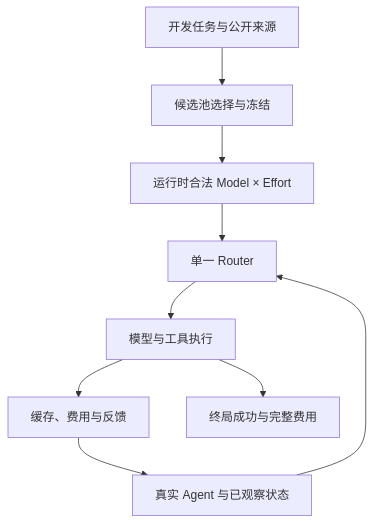
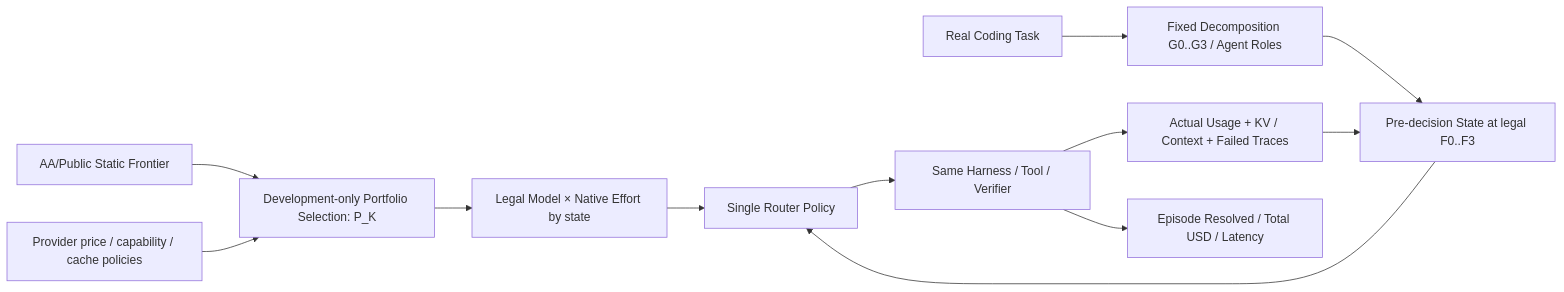
One commit to sxyq/modelrouter changed the diagram in 汇报/汇报三/ModelRouter论文实验与图表规划.md. Above: the diagram before and after it, drawn with Mermaid. The commit also changed other lines of this file and 3 other files, not shown here.

Commit message:
docs(research): V6 align model-pool selection, granularity and task-level Pareto RQs

````diff
--- a/汇报/汇报三/ModelRouter论文实验与图表规划.md
+++ b/汇报/汇报三/ModelRouter论文实验与图表规划.md
@@ -68,11 +75,14 @@
 ```mermaid
-flowchart TD
-  DEV["开发任务与公开来源"] --> POOL["候选池选择与冻结"]
-  POOL --> LEGAL["运行时合法 Model × Effort"]
-  TASK["真实 Agent 与已观察状态"] --> ROUTER["单一 Router"]
-  LEGAL --> ROUTER
-  ROUTER --> EXEC["模型与工具执行"]
-  EXEC --> FB["缓存、费用与反馈"]
-  FB --> TASK
-  EXEC --> RESULT["终局成功与完整费用"]
+flowchart LR
+  PUB["AA/Public Static Frontier"] --> SELECT["Development-only Portfolio Selection: P_K"]
+  PDATA["Provider price / capability / cache policies"] --> SELECT
+  T["Real Coding Task"] --> G["Fixed Decomposition G0..G3 / Agent Roles"]
+  G --> SNAP["Pre-decision State at legal F0..F3"]
+  SELECT --> LEGAL["Legal Model × Native Effort by state"]
+  SNAP --> R["Single Router Policy"]
+  LEGAL --> R
+  R --> EXEC["Same Harness / Tool / Verifier"]
+  EXEC --> USAGE["Actual Usage + KV / Context + Failed Traces"]
+  EXEC --> OUT["Episode Resolved / Total USD / Latency"]
+  USAGE --> SNAP
 ```
````
